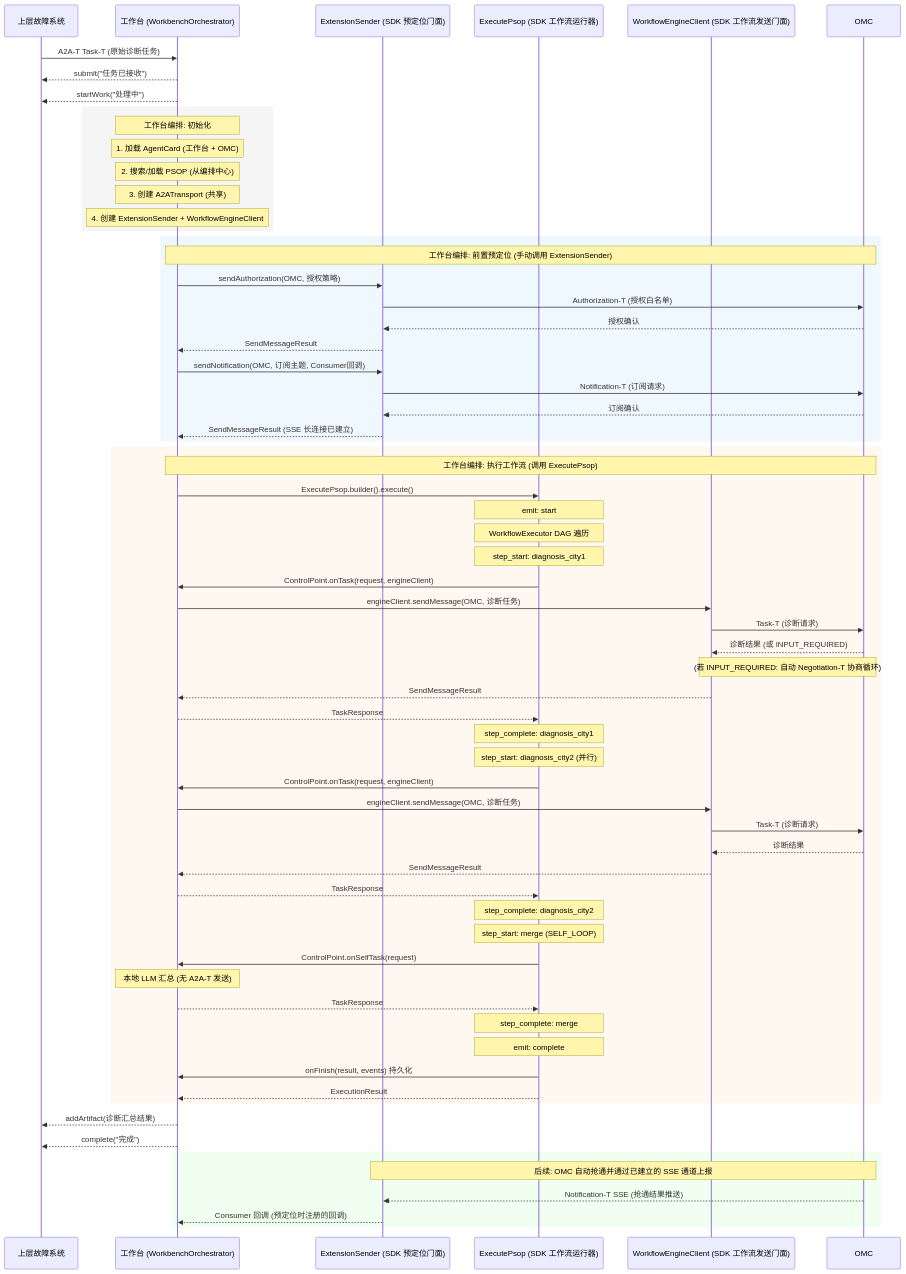
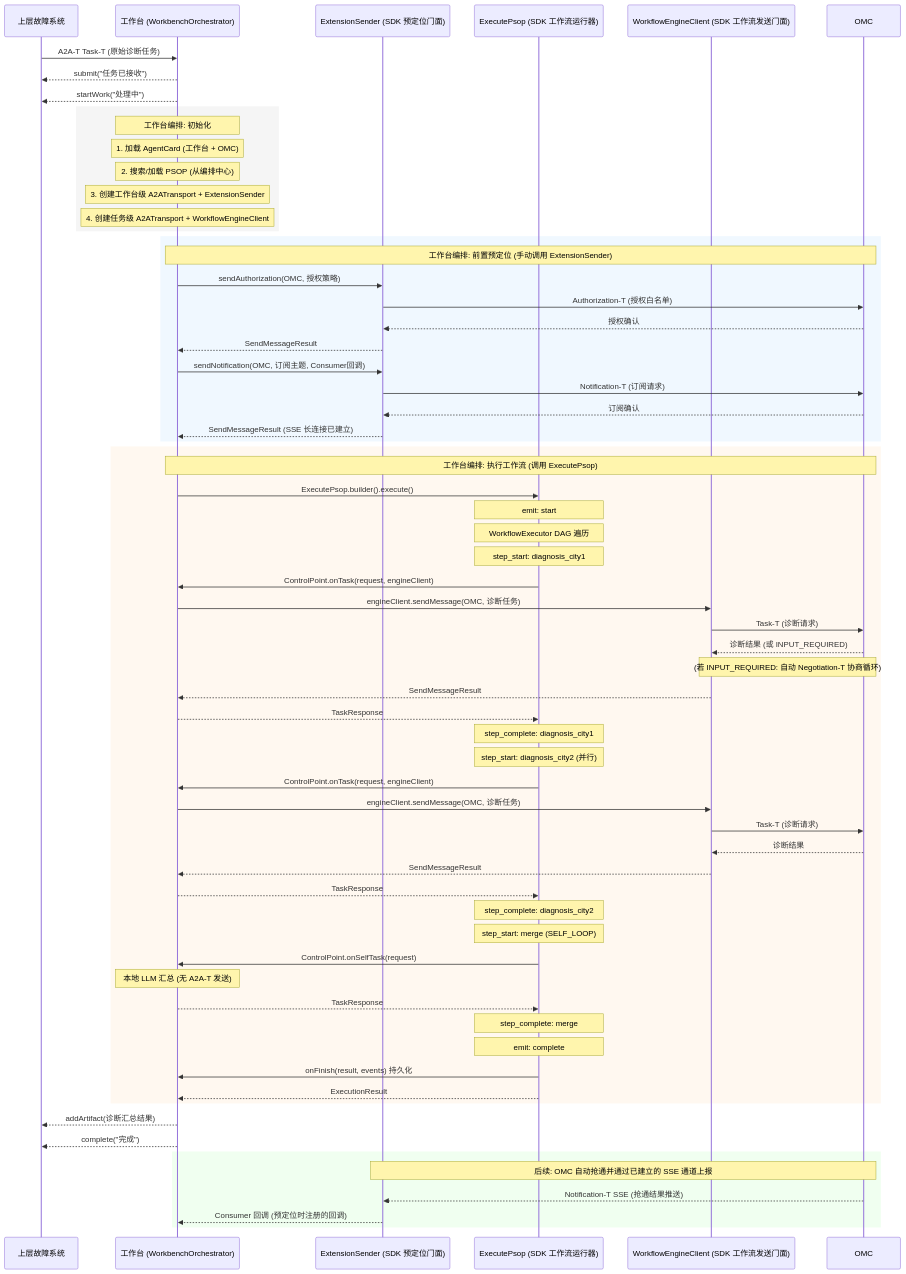
Before and after one commit to Zhoujie628/workflow-engine-sdk-java: the fourth of 4 diagrams in docs/zh/工作台集成指南.md, drawn with Mermaid. The commit also changed other lines of this file, not shown here.

````diff
--- a/docs/zh/工作台集成指南.md
+++ b/docs/zh/工作台集成指南.md
@@ -763,80 +810,80 @@
 ```mermaid
 sequenceDiagram
     participant UPPER as 上层故障系统
     participant WB as 工作台 (WorkbenchOrchestrator)
     participant ES as ExtensionSender (SDK 预定位门面)
     participant EP as ExecutePsop (SDK 工作流运行器)
     participant EC as WorkflowEngineClient (SDK 工作流发送门面)
     participant OMC as OMC
 
     UPPER->>WB: A2A-T Task-T (原始诊断任务)
     WB-->>UPPER: submit("任务已接收")
     WB-->>UPPER: startWork("处理中")
 
     rect rgba(245, 245, 245, 1)
     Note over WB: 工作台编排: 初始化
     Note over WB: 1. 加载 AgentCard (工作台 + OMC)
     Note over WB: 2. 搜索/加载 PSOP (从编排中心)
-    Note over WB: 3. 创建 A2ATransport (共享)
-    Note over WB: 4. 创建 ExtensionSender + WorkflowEngineClient
+    Note over WB: 3. 创建工作台级 A2ATransport + ExtensionSender
+    Note over WB: 4. 创建任务级 A2ATransport + WorkflowEngineClient
     end
 
     rect rgba(240, 248, 255, 1)
     Note over WB,OMC: 工作台编排: 前置预定位 (手动调用 ExtensionSender)
     WB->>ES: sendAuthorization(OMC, 授权策略)
     ES->>OMC: Authorization-T (授权白名单)
     OMC-->>ES: 授权确认
     ES-->>WB: SendMessageResult
 
     WB->>ES: sendNotification(OMC, 订阅主题, Consumer回调)
     ES->>OMC: Notification-T (订阅请求)
     OMC-->>ES: 订阅确认
     ES-->>WB: SendMessageResult (SSE 长连接已建立)
     end
 
     rect rgba(255, 248, 240, 1)
     Note over WB,OMC: 工作台编排: 执行工作流 (调用 ExecutePsop)
     WB->>EP: ExecutePsop.builder().execute()
 
     Note over EP: emit: start
     Note over EP: WorkflowExecutor DAG 遍历
 
     Note over EP: step_start: diagnosis_city1
     EP->>WB: ControlPoint.onTask(request, engineClient)
     WB->>EC: engineClient.sendMessage(OMC, 诊断任务)
     EC->>OMC: Task-T (诊断请求)
     OMC-->>EC: 诊断结果 (或 INPUT_REQUIRED)
     Note over EC,OMC: (若 INPUT_REQUIRED: 自动 Negotiation-T 协商循环)
     EC-->>WB: SendMessageResult
     WB-->>EP: TaskResponse
     Note over EP: step_complete: diagnosis_city1
 
     Note over EP: step_start: diagnosis_city2 (并行)
     EP->>WB: ControlPoint.onTask(request, engineClient)
     WB->>EC: engineClient.sendMessage(OMC, 诊断任务)
     EC->>OMC: Task-T (诊断请求)
     OMC-->>EC: 诊断结果
     EC-->>WB: SendMessageResult
     WB-->>EP: TaskResponse
     Note over EP: step_complete: diagnosis_city2
 
     Note over EP: step_start: merge (SELF_LOOP)
     EP->>WB: ControlPoint.onSelfTask(request)
     Note over WB: 本地 LLM 汇总 (无 A2A-T 发送)
     WB-->>EP: TaskResponse
     Note over EP: step_complete: merge
 
     Note over EP: emit: complete
     EP->>WB: onFinish(result, events) 持久化
     EP-->>WB: ExecutionResult
     end
 
     WB-->>UPPER: addArtifact(诊断汇总结果)
     WB-->>UPPER: complete("完成")
 
     rect rgba(240, 255, 240, 1)
     Note over ES,OMC: 后续: OMC 自动抢通并通过已建立的 SSE 通道上报
     OMC-->>ES: Notification-T SSE (抢通结果推送)
     ES-->>WB: Consumer 回调 (预定位时注册的回调)
     end
 ```
````
